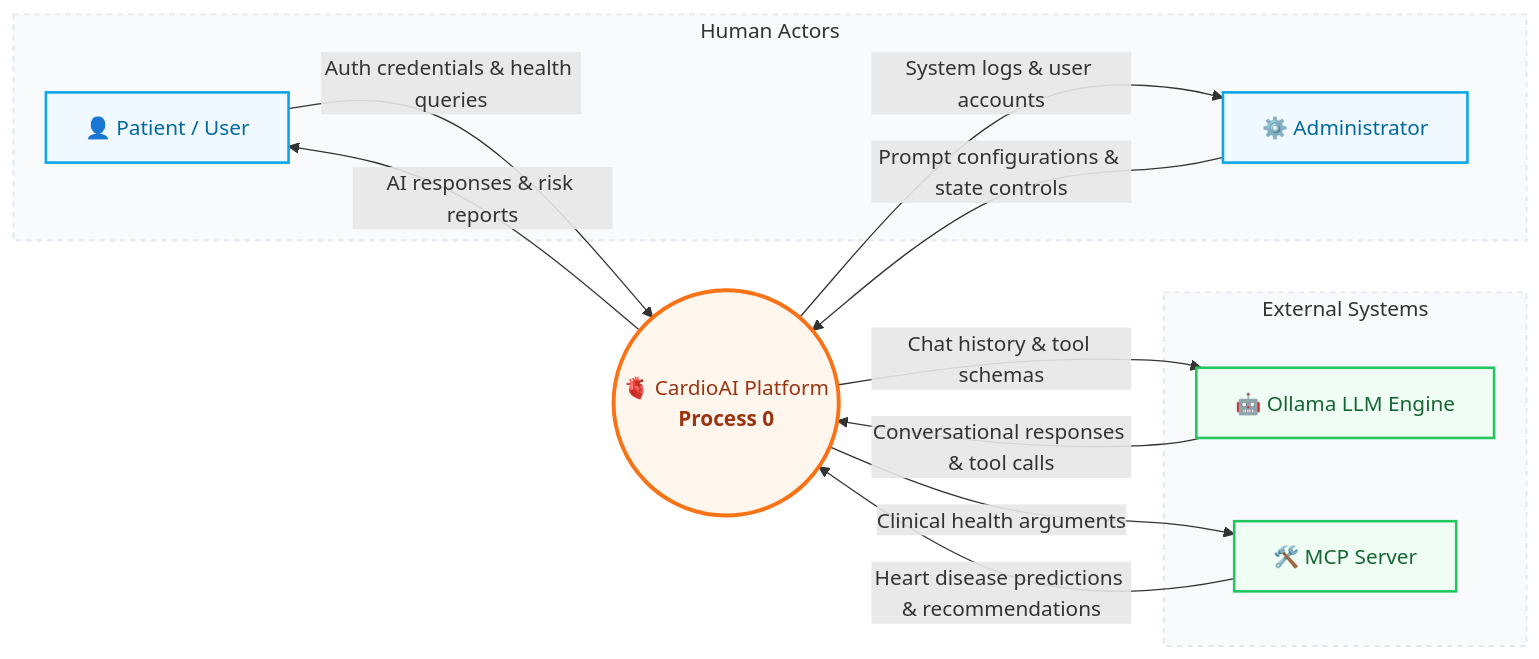
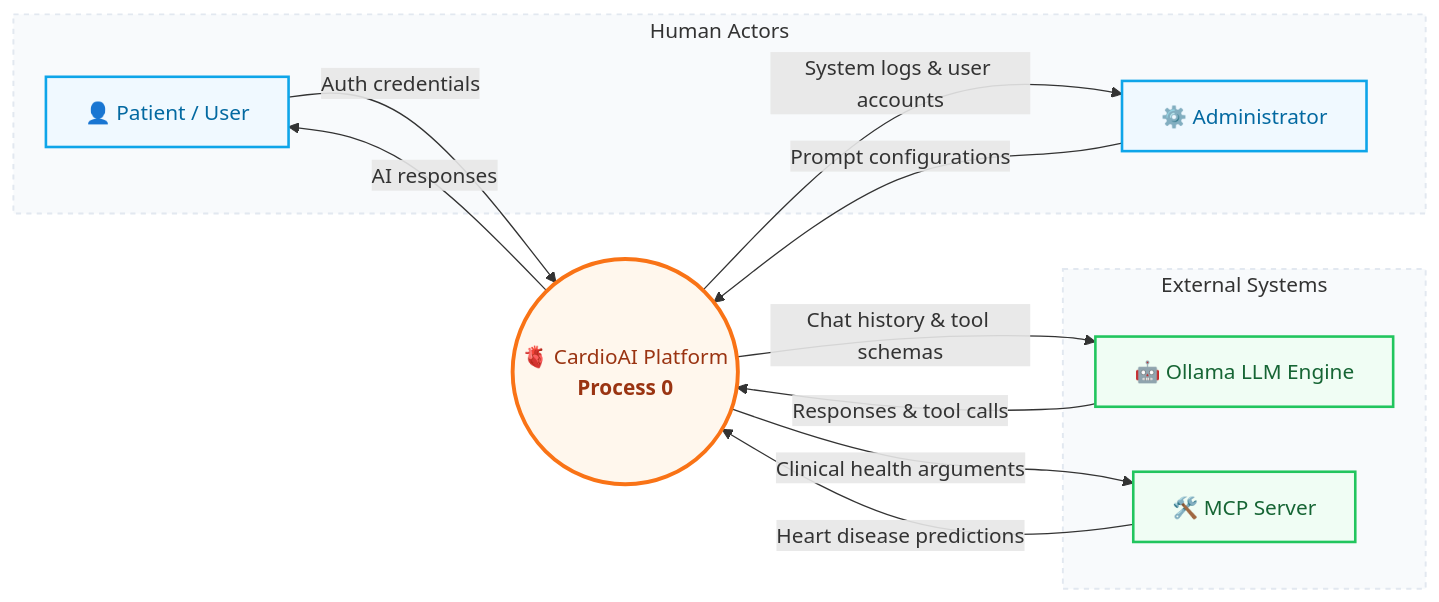
One commit to mohabzalat22/heart-disease changed the fifth of 5 diagrams in docs/diagrams.md. Above: the diagram before and after it, drawn with Mermaid. The commit also changed other lines of this file, not shown here.

Commit message:
doc: adding fix to diagrams

````diff
--- a/docs/diagrams.md
+++ b/docs/diagrams.md
@@ -304,45 +305,45 @@
 ```mermaid
 flowchart LR
     %% External Entities (Left Side - Human Actors)
     subgraph HumanActors ["Human Actors"]
         User["👤 Patient / User"]
         Admin["⚙️ Administrator"]
     end
 
     %% Central Process (Middle)
     System(("🫀 CardioAI Platform<br/><b>Process 0</b>"))
 
     %% External Systems (Right Side - Supporting Services)
     subgraph Services ["External Systems"]
         Ollama["🤖 Ollama LLM Engine"]
         MCP["🛠️ MCP Server"]
     end
 
     %% Data flows - User & System
-    User -->|Auth credentials & health queries| System
-    System -->|AI responses & risk reports| User
+    User -->|Auth credentials | System
+    System -->|AI responses | User
 
     %% Data flows - Admin & System
-    Admin -->|Prompt configurations & state controls| System
+    Admin -->|Prompt configurations | System
     System -->|System logs & user accounts| Admin
 
     %% Data flows - System & Ollama LLM
     System -->|Chat history & tool schemas| Ollama
-    Ollama -->|Conversational responses & tool calls| System
+    Ollama -->|Responses & tool calls| System
 
     %% Data flows - System & MCP Server
     System -->|Clinical health arguments| MCP
-    MCP -->|Heart disease predictions & recommendations| System
+    MCP -->|Heart disease predictions | System
 
     %% Styling & Aesthetics
     classDef human fill:#f0f9ff,stroke:#0ea5e9,stroke-width:2px,color:#0369a1;
     classDef process fill:#fff7ed,stroke:#f97316,stroke-width:3px,color:#9a3412;
     classDef external fill:#f0fdf4,stroke:#22c55e,stroke-width:2px,color:#166534;
-    
+
     class User,Admin human;
     class System process;
     class Ollama,MCP external;
 
     style HumanActors fill:#f8fafc,stroke:#e2e8f0,stroke-width:1.5px,stroke-dasharray: 4 4;
     style Services fill:#f8fafc,stroke:#e2e8f0,stroke-width:1.5px,stroke-dasharray: 4 4;
 ```
````
